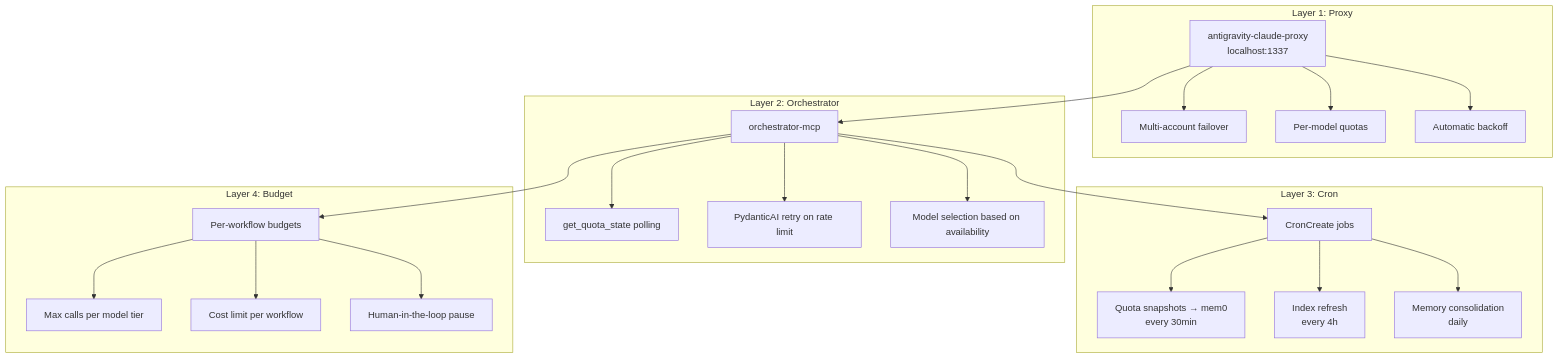
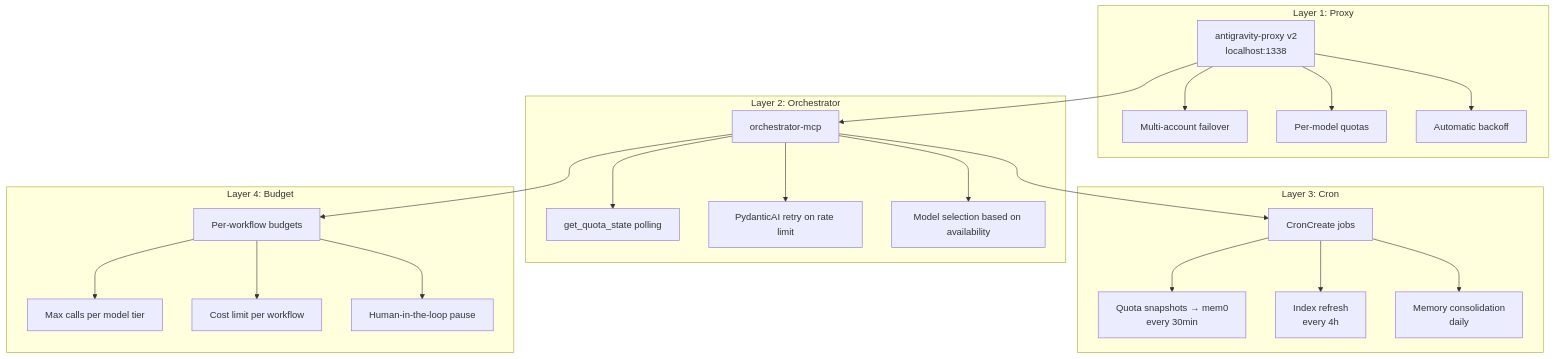
The first of 2 diagrams in .claude/docs/rate-limiting.md (SpandrelInteractive/claude_workspace), drawn with Mermaid before and after one commit. The commit also changed 23 other files, not shown here.

````diff
--- a/.claude/docs/rate-limiting.md
+++ b/.claude/docs/rate-limiting.md
@@ -9,34 +9,34 @@
 ```mermaid
 graph TB
     subgraph "Layer 1: Proxy"
-        P[antigravity-claude-proxy<br/>localhost:1337]
+        P[antigravity-proxy v2<br/>localhost:1338]
         P --> MA[Multi-account failover]
         P --> PQ[Per-model quotas]
         P --> AB[Automatic backoff]
     end
 
     subgraph "Layer 2: Orchestrator"
         O[orchestrator-mcp]
         O --> QS[get_quota_state polling]
         O --> PR[PydanticAI retry on rate limit]
         O --> MS[Model selection based on availability]
     end
 
     subgraph "Layer 3: Cron"
         C[CronCreate jobs]
         C --> QM[Quota snapshots → mem0<br/>every 30min]
         C --> IR[Index refresh<br/>every 4h]
         C --> MC[Memory consolidation<br/>daily]
     end
 
     subgraph "Layer 4: Budget"
         B[Per-workflow budgets]
         B --> ML[Max calls per model tier]
         B --> CL[Cost limit per workflow]
         B --> HI[Human-in-the-loop pause]
     end
 
     P --> O
     O --> C
     O --> B
 ```
````
